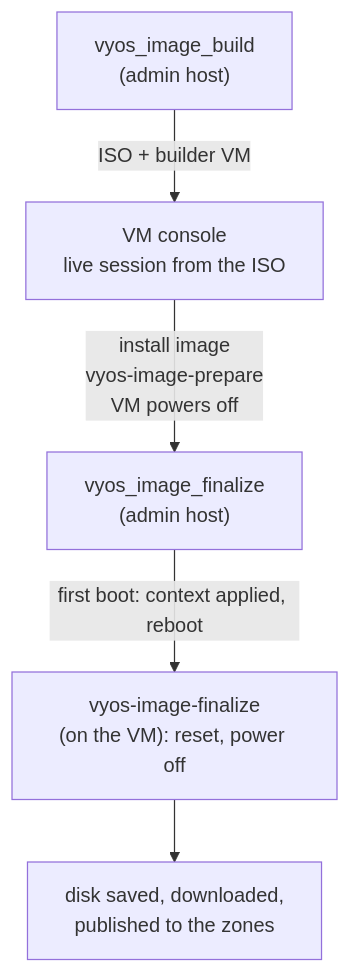
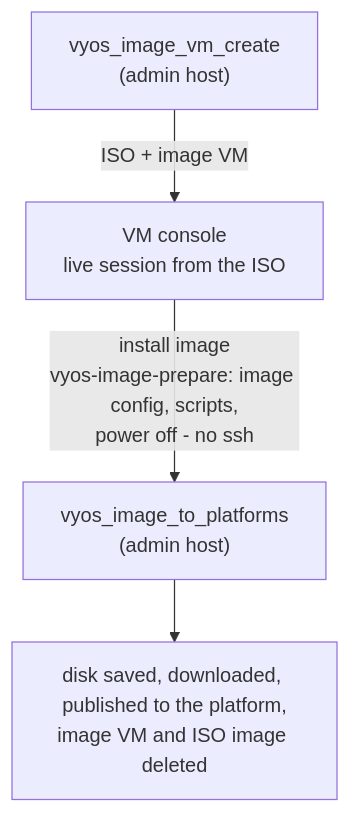
Before and after one commit to ivladek/claugine: the diagram in docs/network/vyos-image.md, drawn with Mermaid. The commit also changed other lines of this file and 57 other files, not shown here.

````diff
--- a/docs/network/vyos-image.md
+++ b/docs/network/vyos-image.md
@@ -35,7 +36,6 @@
 ```mermaid
 flowchart TD
-  A["vyos_image_build<br/>(admin host)"] -->|ISO + builder VM| B["VM console<br/>live session from the ISO"]
-  B -->|"install image<br/>vyos-image-prepare<br/>VM powers off"| C["vyos_image_finalize<br/>(admin host)"]
-  C -->|"first boot: context applied, reboot"| D["vyos-image-finalize<br/>(on the VM): reset, power off"]
-  D --> E["disk saved, downloaded,<br/>published to the zones"]
+  A["vyos_image_vm_create<br/>(admin host)"] -->|ISO + image VM| B["VM console<br/>live session from the ISO"]
+  B -->|"install image<br/>vyos-image-prepare: image config, scripts,<br/>power off - no ssh"| C["vyos_image_to_platforms<br/>(admin host)"]
+  C --> E["disk saved, downloaded, published to the platform,<br/>image VM and ISO image deleted"]
 ```
````
